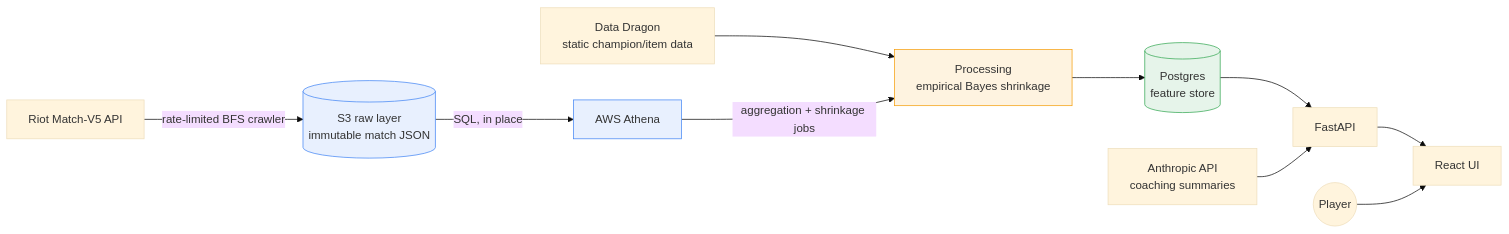
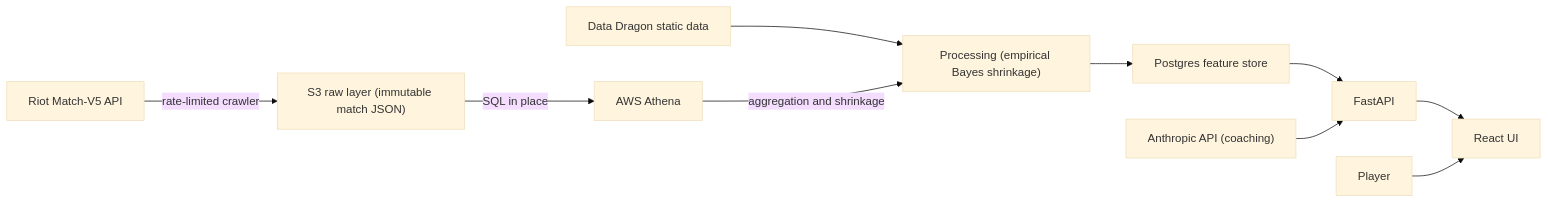
Before and after one commit to lyonstran/lol-matchup-analytics: the diagram in README.md, drawn with Mermaid (base theme).

Commit message:
fix mermaid chart

````diff
--- a/README.md
+++ b/README.md
@@ -121,17 +121,12 @@
 ```mermaid
 flowchart LR
-    Riot["Riot Match-V5 API"] -->|"rate-limited BFS crawler"| S3[("S3 raw layer<br>immutable match JSON")]
-    DDragon["Data Dragon<br>static champion/item data"] --> Load
-    S3 -->|"SQL, in place"| Athena["AWS Athena"]
-    Athena -->|"aggregation + shrinkage jobs"| Load["Processing<br>empirical Bayes shrinkage"]
-    Load --> PG[("Postgres<br>feature store")]
+    Riot["Riot Match-V5 API"] -->|"rate-limited crawler"| S3["S3 raw layer (immutable match JSON)"]
+    DDragon["Data Dragon static data"] --> Load
+    S3 -->|"SQL in place"| Athena["AWS Athena"]
+    Athena -->|"aggregation and shrinkage"| Load["Processing (empirical Bayes shrinkage)"]
+    Load --> PG["Postgres feature store"]
     PG --> API["FastAPI"]
     API --> Web["React UI"]
-    Claude["Anthropic API<br>coaching summaries"] --> API
-    User(("Player")) --> Web
-
-    style S3 fill:#e8f0fe,stroke:#4285f4
-    style Athena fill:#e8f0fe,stroke:#4285f4
-    style Load fill:#fef3e0,stroke:#f59e0b
-    style PG fill:#e6f4ea,stroke:#34a853
+    Claude["Anthropic API (coaching)"] --> API
+    User["Player"] --> Web
 ```
````
